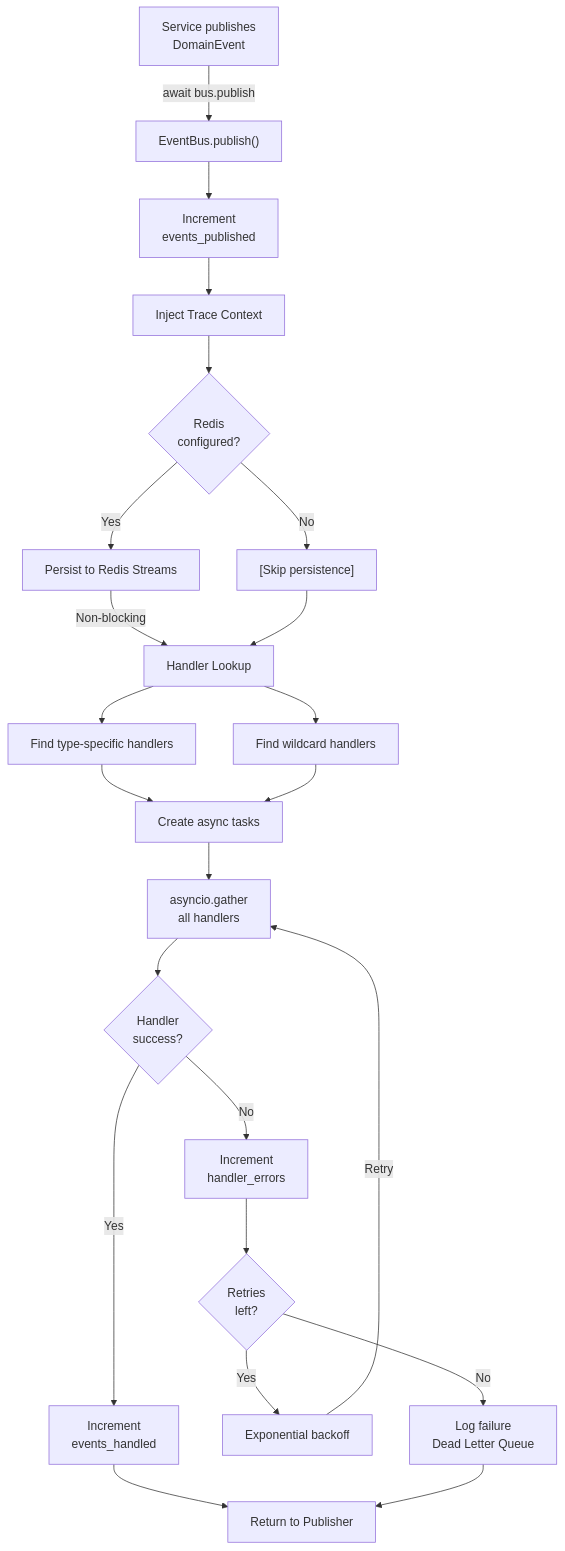
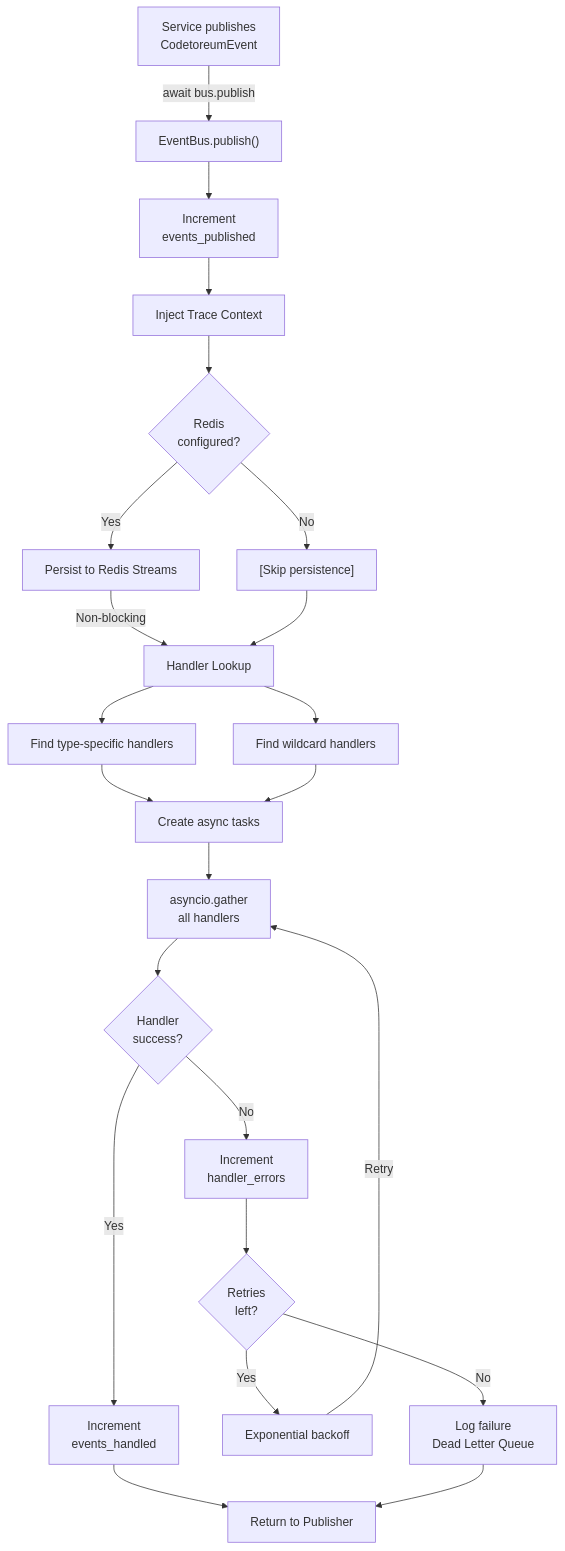
One commit to tinkermonkey/codetoreum changed the diagram in documentation/architecture/infrastructure/event-bus.md. Above: the diagram before and after it, drawn with Mermaid. The commit also changed other lines of this file and 71 other files, not shown here.

````diff
--- a/documentation/architecture/infrastructure/event-bus.md
+++ b/documentation/architecture/infrastructure/event-bus.md
@@ -257,25 +257,25 @@
 ```mermaid
 flowchart TD
-    A["Service publishes<br/>DomainEvent"] -->|await bus.publish| B["EventBus.publish()"]
+    A["Service publishes<br/>CodetoreumEvent"] -->|await bus.publish| B["EventBus.publish()"]
     B --> C["Increment<br/>events_published"]
     C --> D["Inject Trace Context"]
     D --> E{"Redis<br/>configured?"}
     E -->|Yes| F["Persist to Redis Streams"]
     E -->|No| G["[Skip persistence]"]
     F -->|Non-blocking| H["Handler Lookup"]
     G --> H
     H --> I["Find type-specific handlers"]
     H --> J["Find wildcard handlers"]
     I --> K["Create async tasks"]
     J --> K
     K --> L["asyncio.gather<br/>all handlers"]
     L --> M{"Handler<br/>success?"}
     M -->|Yes| N["Increment<br/>events_handled"]
     M -->|No| O["Increment<br/>handler_errors"]
     N --> P["Return to Publisher"]
     O --> Q{"Retries<br/>left?"}
     Q -->|Yes| R["Exponential backoff"]
     R -->|Retry| L
     Q -->|No| S["Log failure<br/>Dead Letter Queue"]
     S --> P
 ```
````
